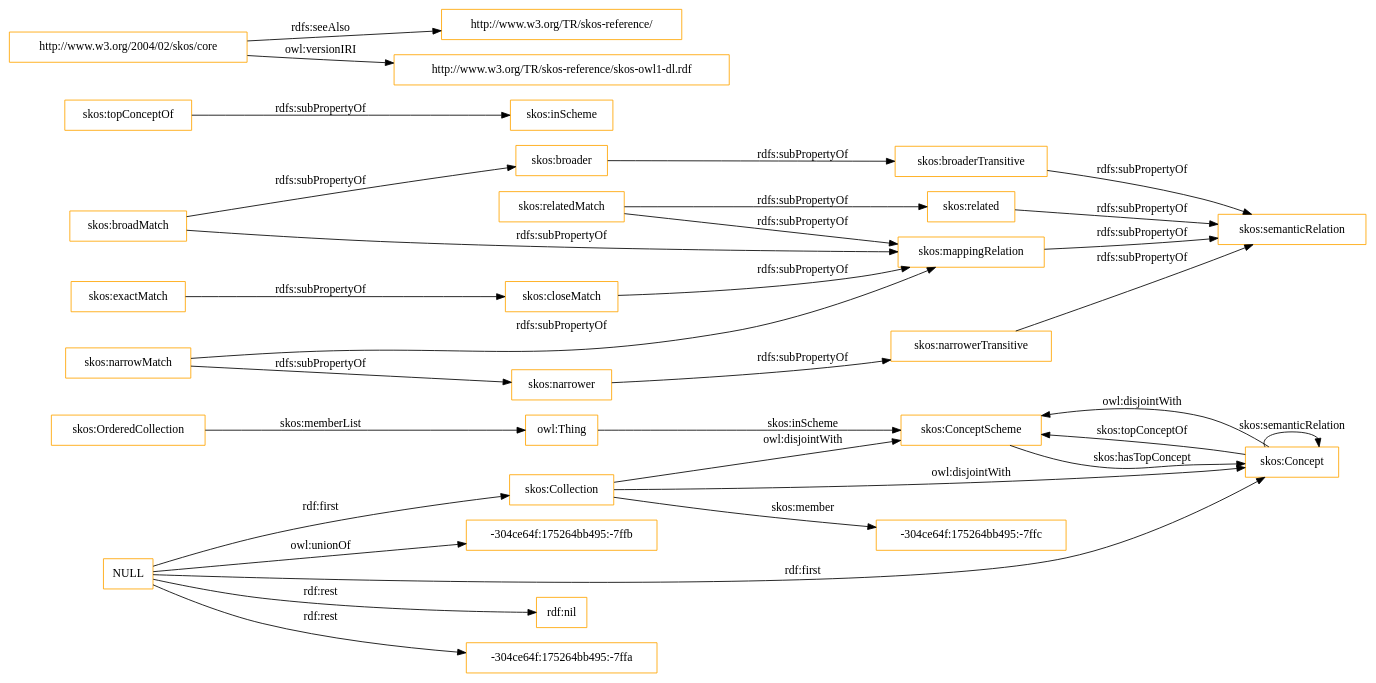
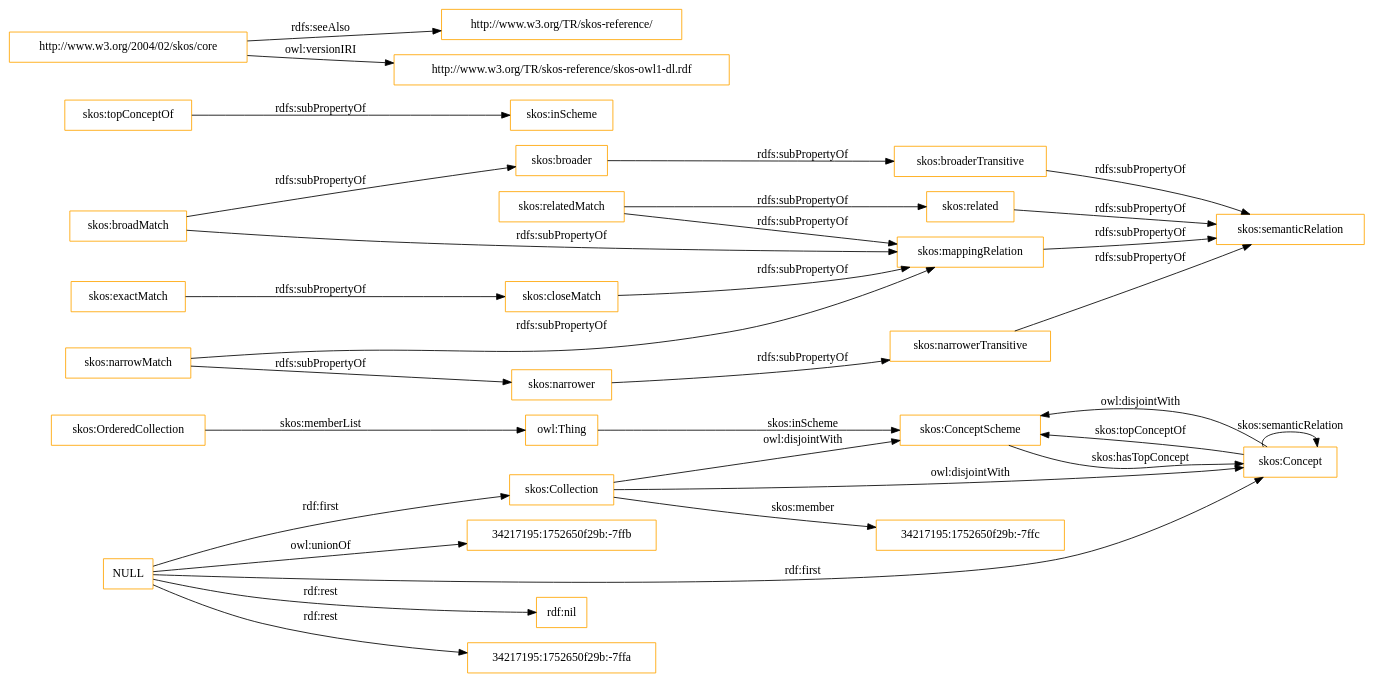
Before and after one commit to OnToologyUser/core-ontology-1: the diagram in OnToology/imports/skos.owl/diagrams/ar2dtool-class/skos.owl.png.dot, drawn with Graphviz. The commit also changed 14 other files, not shown here.

```diff
--- a/OnToology/imports/skos.owl/diagrams/ar2dtool-class/skos.owl.png.dot
+++ b/OnToology/imports/skos.owl/diagrams/ar2dtool-class/skos.owl.png.dot
@@ -1,37 +1,37 @@
 digraph ar2dtool_diagram { 
 rankdir=LR;
 size="1501"
-node [shape = rectangle, color="orange"]; "skos:OrderedCollection" "skos:ConceptScheme" "skos:Concept" "skos:Collection" "-304ce64f:175264bb495:-7ffc" ; /*classes style*/
+node [shape = rectangle, color="orange"]; "skos:OrderedCollection" "skos:ConceptScheme" "skos:Concept" "skos:Collection" "34217195:1752650f29b:-7ffc" ; /*classes style*/
 	"skos:narrowerTransitive" -> "skos:semanticRelation" [ label = "rdfs:subPropertyOf" ];
 	"NULL" -> "rdf:nil" [ label = "rdf:rest" ];
 	"NULL" -> "skos:Concept" [ label = "rdf:first" ];
-	"NULL" -> "-304ce64f:175264bb495:-7ffa" [ label = "rdf:rest" ];
+	"NULL" -> "34217195:1752650f29b:-7ffa" [ label = "rdf:rest" ];
 	"NULL" -> "skos:Collection" [ label = "rdf:first" ];
-	"NULL" -> "-304ce64f:175264bb495:-7ffb" [ label = "owl:unionOf" ];
+	"NULL" -> "34217195:1752650f29b:-7ffb" [ label = "owl:unionOf" ];
 	"skos:closeMatch" -> "skos:mappingRelation" [ label = "rdfs:subPropertyOf" ];
 	"skos:Concept" -> "skos:ConceptScheme" [ label = "owl:disjointWith" ];
 	"skos:relatedMatch" -> "skos:related" [ label = "rdfs:subPropertyOf" ];
 	"skos:relatedMatch" -> "skos:mappingRelation" [ label = "rdfs:subPropertyOf" ];
 	"skos:related" -> "skos:semanticRelation" [ label = "rdfs:subPropertyOf" ];
 	"skos:topConceptOf" -> "skos:inScheme" [ label = "rdfs:subPropertyOf" ];
 	"skos:broadMatch" -> "skos:mappingRelation" [ label = "rdfs:subPropertyOf" ];
 	"skos:broadMatch" -> "skos:broader" [ label = "rdfs:subPropertyOf" ];
 	"skos:exactMatch" -> "skos:closeMatch" [ label = "rdfs:subPropertyOf" ];
 	"skos:broaderTransitive" -> "skos:semanticRelation" [ label = "rdfs:subPropertyOf" ];
 	"skos:broader" -> "skos:broaderTransitive" [ label = "rdfs:subPropertyOf" ];
 	"skos:mappingRelation" -> "skos:semanticRelation" [ label = "rdfs:subPropertyOf" ];
 	"http://www.w3.org/2004/02/skos/core" -> "http://www.w3.org/TR/skos-reference/" [ label = "rdfs:seeAlso" ];
 	"http://www.w3.org/2004/02/skos/core" -> "http://www.w3.org/TR/skos-reference/skos-owl1-dl.rdf" [ label = "owl:versionIRI" ];
 	"skos:Collection" -> "skos:ConceptScheme" [ label = "owl:disjointWith" ];
 	"skos:Collection" -> "skos:Concept" [ label = "owl:disjointWith" ];
 	"skos:narrower" -> "skos:narrowerTransitive" [ label = "rdfs:subPropertyOf" ];
 	"skos:narrowMatch" -> "skos:narrower" [ label = "rdfs:subPropertyOf" ];
 	"skos:narrowMatch" -> "skos:mappingRelation" [ label = "rdfs:subPropertyOf" ];
 	"skos:OrderedCollection" -> "owl:Thing" [ label = "skos:memberList" ];
 	"skos:Concept" -> "skos:ConceptScheme" [ label = "skos:topConceptOf" ];
 	"skos:Concept" -> "skos:Concept" [ label = "skos:semanticRelation" ];
-	"skos:Collection" -> "-304ce64f:175264bb495:-7ffc" [ label = "skos:member" ];
+	"skos:Collection" -> "34217195:1752650f29b:-7ffc" [ label = "skos:member" ];
 	"skos:ConceptScheme" -> "skos:Concept" [ label = "skos:hasTopConcept" ];
 	"owl:Thing" -> "skos:ConceptScheme" [ label = "skos:inScheme" ];
 
 }
```
